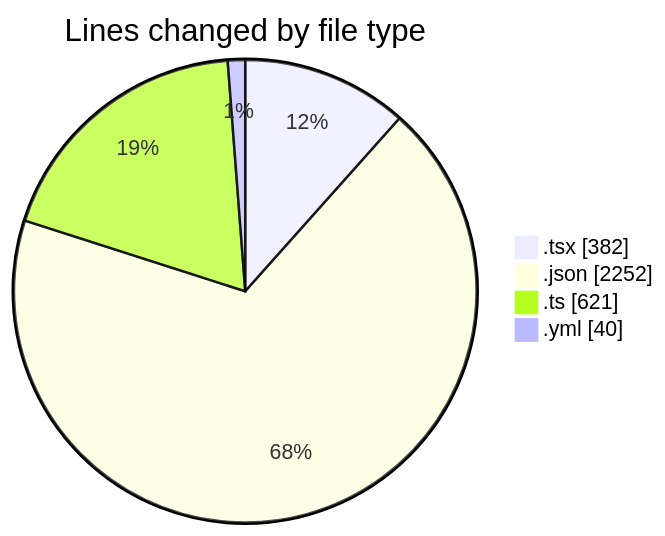
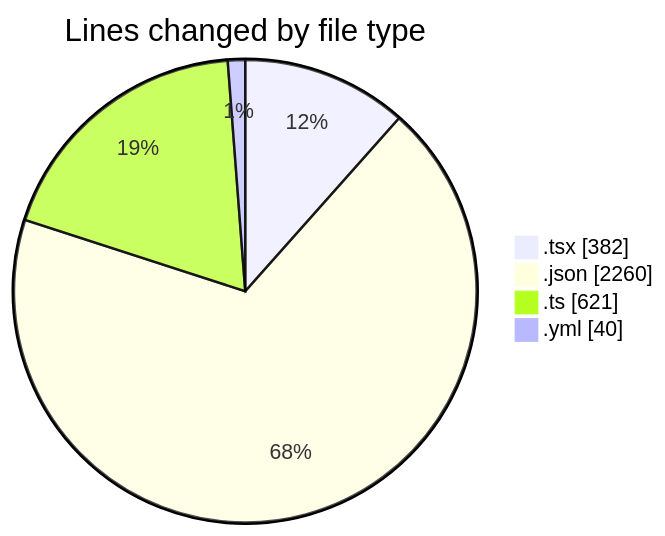
The first of 2 diagrams in 2025-11-28/eventscop-frontend-guide__workspace_/README.md (julien-gomy/code-tracking), drawn with Mermaid before and after one commit. The commit also changed other lines of this file and 1 other file, not shown here.

````diff
--- a/2025-11-28/eventscop-frontend-guide__workspace_/README.md
+++ b/2025-11-28/eventscop-frontend-guide__workspace_/README.md
@@ -29,8 +29,8 @@
 ```mermaid
 pie showData
 title Lines changed by file type
 ".tsx" : 382
-".json" : 2252
+".json" : 2260
 ".ts" : 621
 ".yml" : 40
 ```
````
